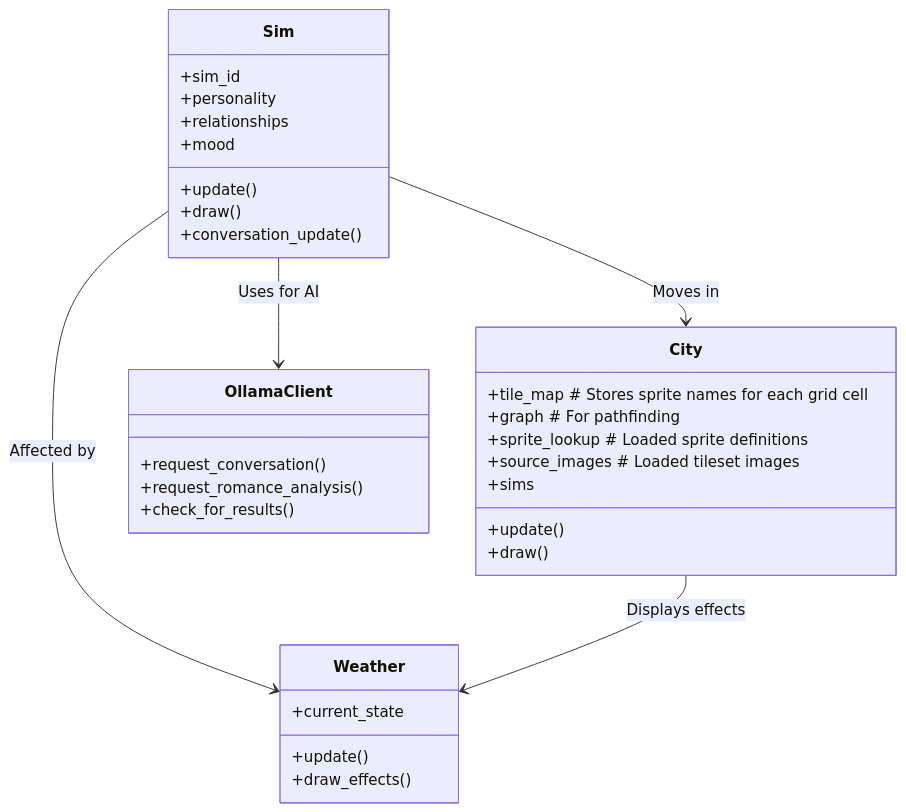
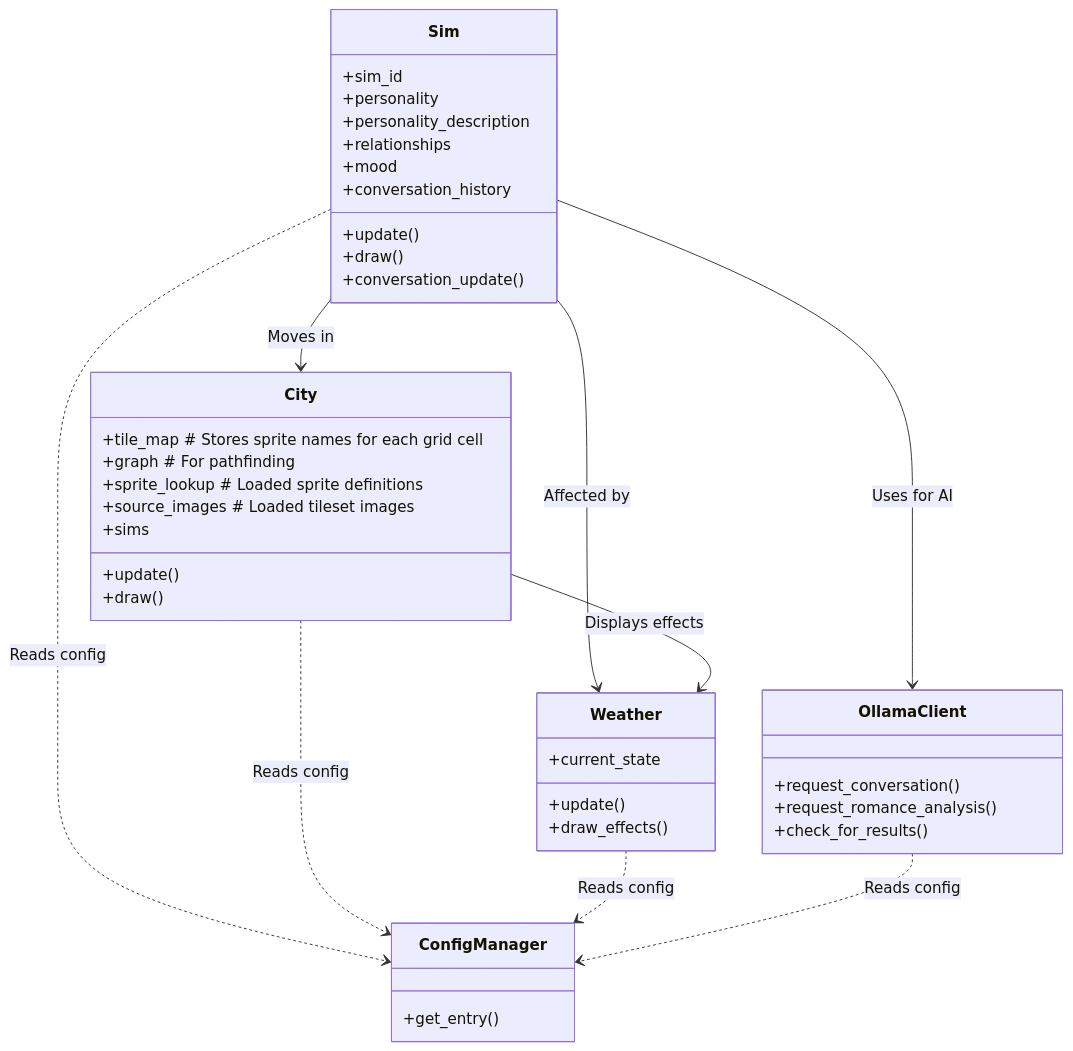
Before and after one commit to Marx2/simtest: the diagram in docs/documentation.md, drawn with Mermaid. The commit also changed other lines of this file and 14 other files, not shown here.

````diff
--- a/docs/documentation.md
+++ b/docs/documentation.md
@@ -22,39 +23,50 @@
 ```mermaid
 classDiagram
     class Sim {
         +sim_id
         +personality
+        +personality_description
         +relationships
         +mood
+        +conversation_history
         +update()
         +draw()
         +conversation_update()
     }
 
     class City {
         +tile_map # Stores sprite names for each grid cell
         +graph    # For pathfinding
         +sprite_lookup # Loaded sprite definitions
         +source_images # Loaded tileset images
         +sims
         +update()
         +draw()
     }
 
     class Weather {
         +current_state
         +update()
         +draw_effects()
     }
 
     class OllamaClient {
         +request_conversation()
         +request_romance_analysis()
         +check_for_results()
     }
 
+    class ConfigManager {
+       +get_entry()
+    }
+
     Sim --> City : Moves in
     Sim --> Weather : Affected by
     Sim --> OllamaClient : Uses for AI
     City --> Weather : Displays effects
+    Sim ..> ConfigManager : Reads config
+    City ..> ConfigManager : Reads config
+    Weather ..> ConfigManager : Reads config
+    OllamaClient ..> ConfigManager : Reads config
+
 ```
````
